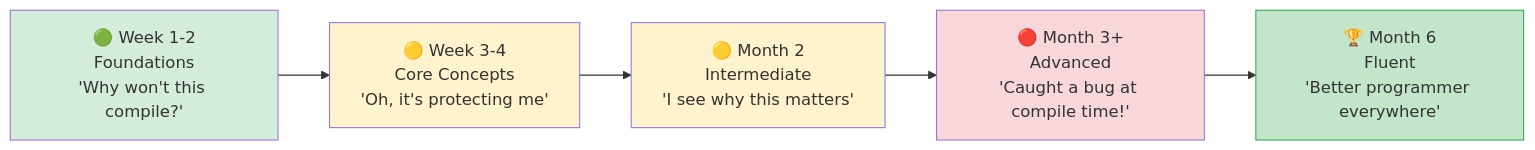
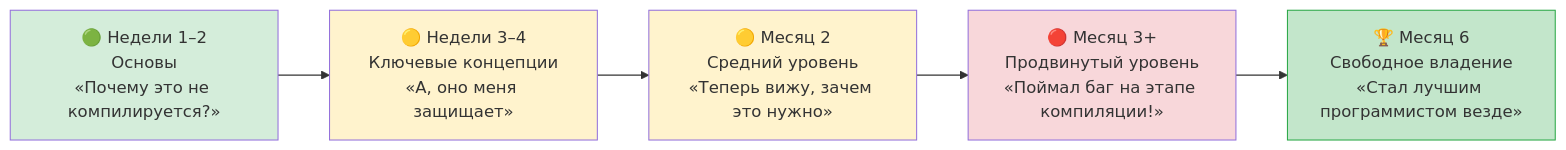
One commit to r007/RustTraining-Rus changed the diagram in python-book/src/ch16-best-practices.md. Above: the diagram before and after it, drawn with Mermaid. The commit also changed other lines of this file and 4 other files, not shown here.

````diff
--- a/python-book/src/ch16-best-practices.md
+++ b/python-book/src/ch16-best-practices.md
@@ -8,12 +7,12 @@
 ```mermaid
 flowchart LR
-    A["🟢 Week 1-2<br/>Foundations<br/>'Why won't this compile?'"] --> B["🟡 Week 3-4<br/>Core Concepts<br/>'Oh, it's protecting me'"] 
-    B --> C["🟡 Month 2<br/>Intermediate<br/>'I see why this matters'"]
-    C --> D["🔴 Month 3+<br/>Advanced<br/>'Caught a bug at compile time!'"]
-    D --> E["🏆 Month 6<br/>Fluent<br/>'Better programmer everywhere'"]
+    A["🟢 Недели 1–2<br/>Основы<br/>«Почему это не компилируется?»"] --> B["🟡 Недели 3–4<br/>Ключевые концепции<br/>«А, оно меня защищает»"]
+    B --> C["🟡 Месяц 2<br/>Средний уровень<br/>«Теперь вижу, зачем это нужно»"]
+    C --> D["🔴 Месяц 3+<br/>Продвинутый уровень<br/>«Поймал баг на этапе компиляции!»"]
+    D --> E["🏆 Месяц 6<br/>Свободное владение<br/>«Стал лучшим программистом везде»"]
     style A fill:#d4edda
     style B fill:#fff3cd
     style C fill:#fff3cd
     style D fill:#f8d7da
     style E fill:#c3e6cb,stroke:#28a745
 ```
````
